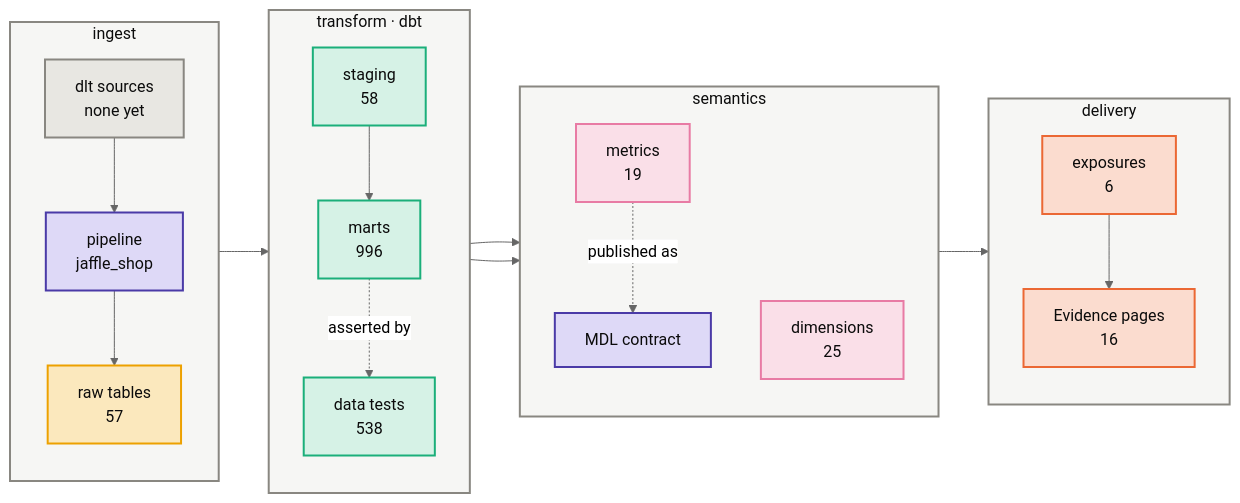
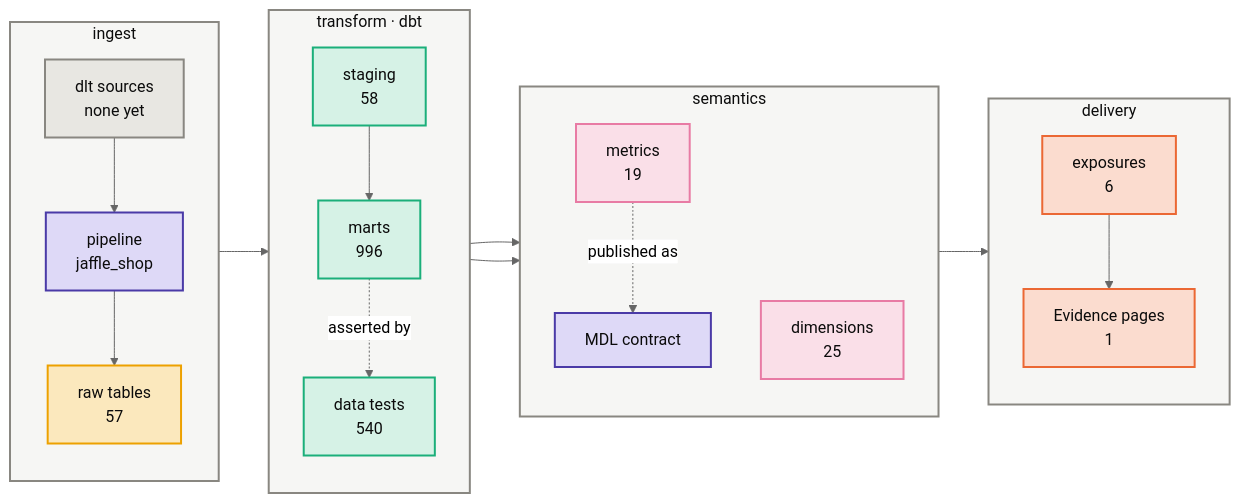
The first of 3 diagrams in groups/jaffle/projects/jaffle-shop/kg/architecture.md (Atomz-org/data-platform), drawn with Mermaid (neutral theme) before and after one commit. The commit also changed other lines of this file and 8 other files, not shown here.

First line of the commit message:
Restore the nine architecture maps, which cannot satisfy both gates

````diff
--- a/groups/jaffle/projects/jaffle-shop/kg/architecture.md
+++ b/groups/jaffle/projects/jaffle-shop/kg/architecture.md
@@ -10,41 +10,41 @@
 ```mermaid
 flowchart LR
     subgraph LI["ingest"]
         direction TB
         I1["dlt sources<br/>none yet"]:::neutral
         I2["pipeline<br/>jaffle_shop"]:::platform
         I3["raw tables<br/>57"]:::raw
     end
     subgraph LT["transform · dbt"]
         direction TB
         T1["staging<br/>58"]:::model
         T2["marts<br/>996"]:::model
-        T3["data tests<br/>538"]:::model
+        T3["data tests<br/>540"]:::model
     end
     subgraph LS["semantics"]
         direction TB
         S1["metrics<br/>19"]:::metric
         S2["dimensions<br/>25"]:::metric
         S3["MDL contract"]:::platform
     end
     subgraph LD["delivery"]
         direction TB
         D1["exposures<br/>6"]:::exposure
-        D2["Evidence pages<br/>16"]:::exposure
+        D2["Evidence pages<br/>1"]:::exposure
     end
     I1 --> I2 --> I3 --> T1 --> T2
     T2 --> S1 --> D1 --> D2
     T2 --> S2
     S1 -.published as.-> S3
     T2 -.asserted by.-> T3
     classDef ingress fill:#cde2fb,stroke:#2a78d6,stroke-width:2px,color:#0b0b0b
     classDef platform fill:#ded9f7,stroke:#4a3aa7,stroke-width:2px,color:#0b0b0b
     classDef raw fill:#fbe8bd,stroke:#eda100,stroke-width:2px,color:#0b0b0b
     classDef model fill:#d6f2e6,stroke:#1baf7a,stroke-width:2px,color:#0b0b0b
     classDef metric fill:#fadfe8,stroke:#e87ba4,stroke-width:2px,color:#0b0b0b
     classDef exposure fill:#fbdccf,stroke:#eb6834,stroke-width:2px,color:#0b0b0b
     classDef neutral fill:#e8e7e2,stroke:#898781,stroke-width:2px,color:#0b0b0b
     classDef project fill:#e3eefc,stroke:#2a78d6,stroke-width:2px,color:#0b0b0b
     classDef lane fill:#f6f6f4,stroke:#898781,stroke-width:2px,color:#0b0b0b
     class LI,LT,LS,LD lane
 ```
````
